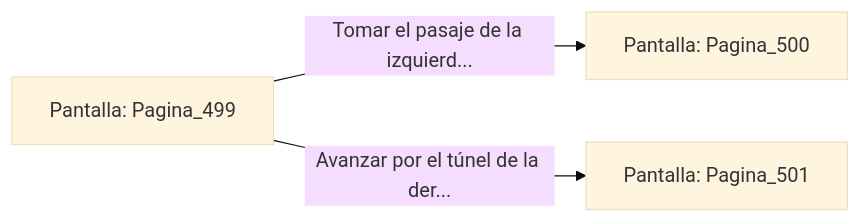
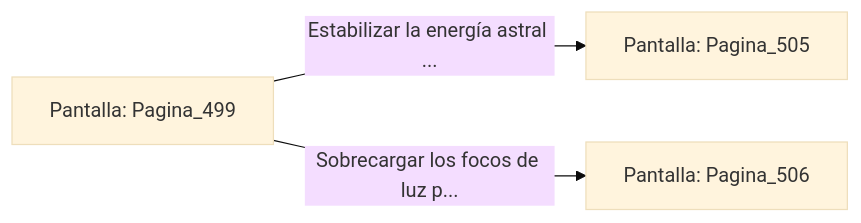
Before and after one commit to metsuke/mpl: the diagram in sample/eligejuego-vault/Pantalla_Pagina_499.md, drawn with Mermaid (base theme). The commit also changed other lines of this file and 635 other files, not shown here.

First line of the commit message:
fix: añadir Pagina_1 como pantalla inicial en capitulo_01.mpl

````diff
--- a/sample/eligejuego-vault/Pantalla_Pagina_499.md
+++ b/sample/eligejuego-vault/Pantalla_Pagina_499.md
@@ -20,6 +24,6 @@
 ```mermaid
 graph LR
     P_Pagina_499["Pantalla: Pagina_499"]
-    P_Pagina_499 -->|"Tomar el pasaje de la izquierd..."| P_Pagina_500["Pantalla: Pagina_500"]
-    P_Pagina_499 -->|"Avanzar por el túnel de la der..."| P_Pagina_501["Pantalla: Pagina_501"]
+    P_Pagina_499 -->|"Estabilizar la energía astral ..."| P_Pagina_505["Pantalla: Pagina_505"]
+    P_Pagina_499 -->|"Sobrecargar los focos de luz p..."| P_Pagina_506["Pantalla: Pagina_506"]
 ```
````
